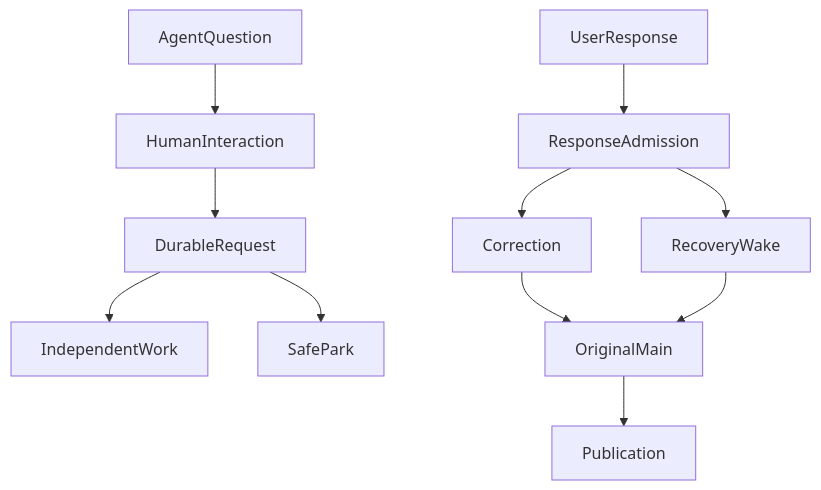
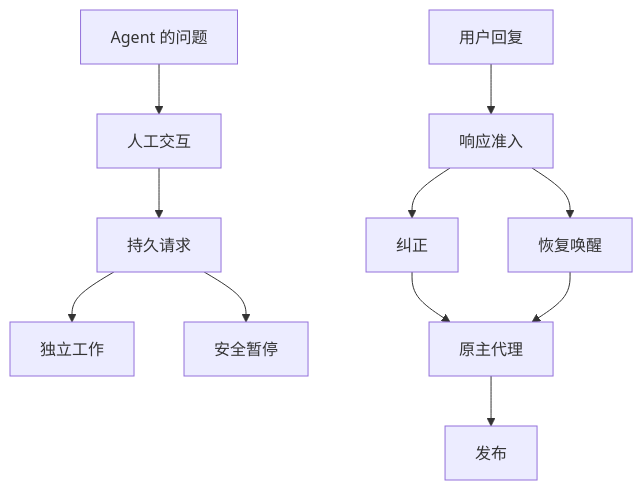
The diagram in articles/agent-durable-human-interaction-response-adoption.md (hpoenixf/eff-agent-article), drawn with Mermaid before and after one commit. The commit also changed 52 other files, not shown here.

Commit message:
docs: localize diagrams and clarify flagship guides

````diff
--- a/articles/agent-durable-human-interaction-response-adoption.md
+++ b/articles/agent-durable-human-interaction-response-adoption.md
@@ -32,13 +32,13 @@
 ```mermaid
 graph TD
-AgentQuestion --> HumanInteraction
-HumanInteraction --> DurableRequest
-DurableRequest --> IndependentWork
-DurableRequest --> SafePark
-UserResponse --> ResponseAdmission
-ResponseAdmission --> Correction
-ResponseAdmission --> RecoveryWake
-Correction --> OriginalMain
+AgentQuestion["Agent 的问题"] --> HumanInteraction["人工交互"]
+HumanInteraction --> DurableRequest["持久请求"]
+DurableRequest --> IndependentWork["独立工作"]
+DurableRequest --> SafePark["安全暂停"]
+UserResponse["用户回复"] --> ResponseAdmission["响应准入"]
+ResponseAdmission --> Correction["纠正"]
+ResponseAdmission --> RecoveryWake["恢复唤醒"]
+Correction --> OriginalMain["原主代理"]
 RecoveryWake --> OriginalMain
-OriginalMain --> Publication
+OriginalMain --> Publication["发布"]
 ```
````
